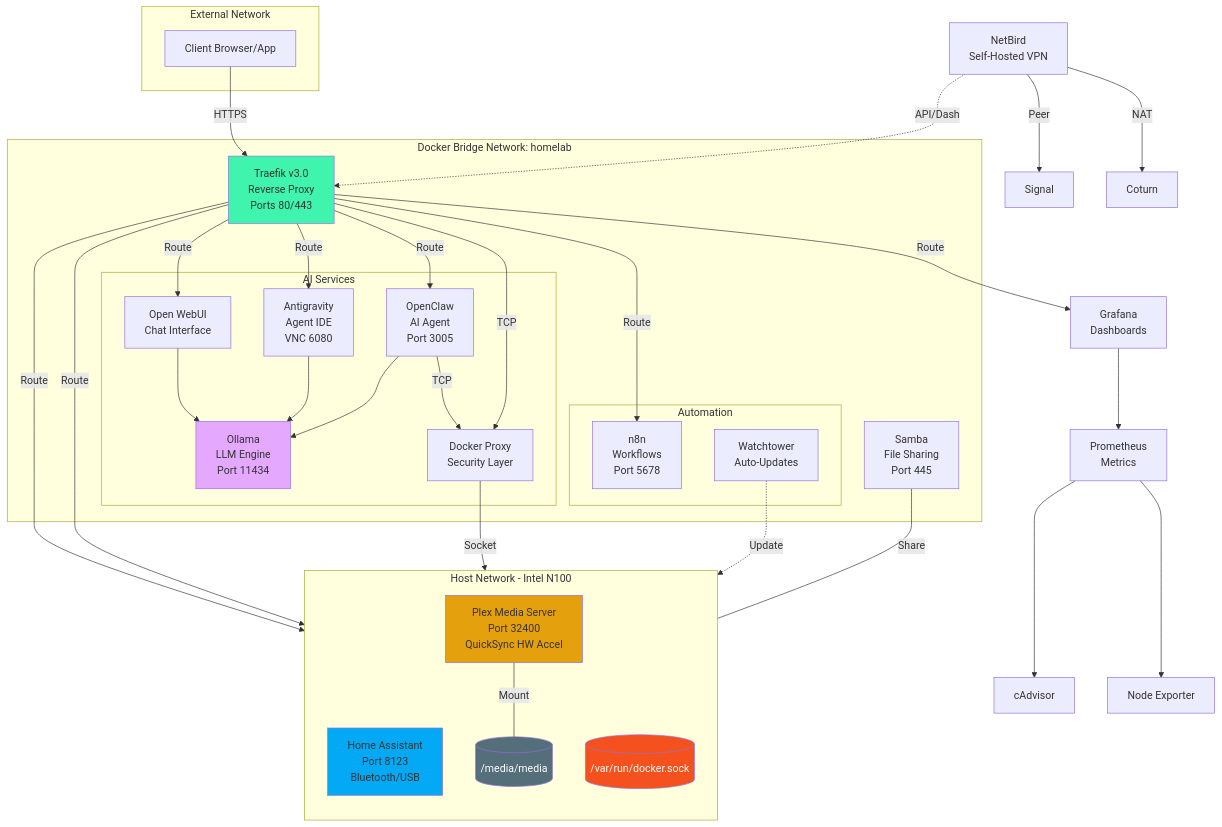
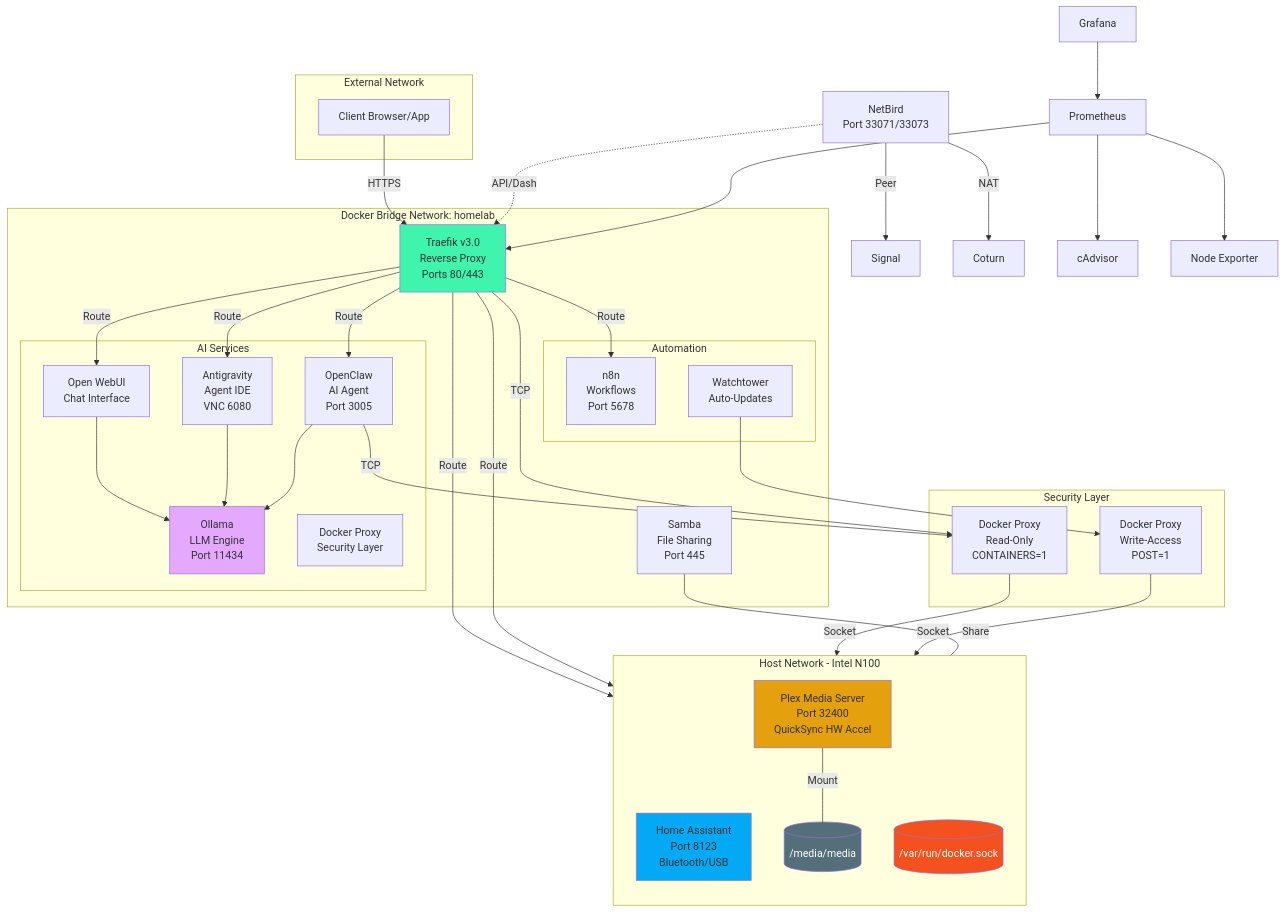
The diagram in README.md (oweibor/homelab), drawn with Mermaid before and after one commit. The commit also changed other lines of this file, not shown here.

````diff
--- a/README.md
+++ b/README.md
@@ -172,74 +175,80 @@
 ```mermaid
 graph TB
     subgraph Internet[External Network]
         User[Client Browser/App]
     end
 
     subgraph HostNet[Host Network - Intel N100]
         direction TB
         HA[Home Assistant<br/>Port 8123<br/>Bluetooth/USB]
         Plex[Plex Media Server<br/>Port 32400<br/>QuickSync HW Accel]
         DockerSock[("/var/run/docker.sock")]
         MediaData[("/media/media")]
     end
 
     subgraph DockerBridge[Docker Bridge Network: homelab]
         Traefik[Traefik v3.0<br/>Reverse Proxy<br/>Ports 80/443]
         
         subgraph AIStack[AI Services]
             Ollama[Ollama<br/>LLM Engine<br/>Port 11434]
             WebUI[Open WebUI<br/>Chat Interface]
             Antigravity[Antigravity<br/>Agent IDE<br/>VNC 6080]
             OpenClaw[OpenClaw<br/>AI Agent<br/>Port 3005]
             Proxy[Docker Proxy<br/>Security Layer]
         end
         
         subgraph AutoStack[Automation]
             n8n[n8n<br/>Workflows<br/>Port 5678]
             Watchtower[Watchtower<br/>Auto-Updates]
         end
         
         Samba[Samba<br/>File Sharing<br/>Port 445]
     end
 
+    subgraph DockerSecurity[Security Layer]
+        ProxyRO[Docker Proxy<br/>Read-Only<br/>CONTAINERS=1]
+        ProxyRW[Docker Proxy<br/>Write-Access<br/>POST=1]
+    end
+
     User -->|HTTPS| Traefik
     Traefik -->|Route| WebUI
     Traefik -->|Route| HA
     Traefik -->|Route| Plex
     Traefik -->|Route| n8n
     Traefik -->|Route| Antigravity
     Traefik -->|Route| OpenClaw
 
     WebUI --> Ollama
     Antigravity --> Ollama
     OpenClaw --> Ollama
     
     %% System Integrations
-    OpenClaw -->|TCP| Proxy
-    Traefik -->|TCP| Proxy
-    Proxy -->|Socket| DockerSock
+    OpenClaw -->|TCP| ProxyRO
+    Traefik -->|TCP| ProxyRO
+    ProxyRO -->|Socket| DockerSock
     
-    %% Watchtower (direct socket)
-    Watchtower -.->|Update| DockerSock
+    %% Watchtower Zero-Trust
+    Watchtower --> ProxyRW
+    ProxyRW -->|Socket| DockerSock
     
     %% Remote Access
-    NetBird[NetBird<br/>Self-Hosted VPN] -.->|API/Dash| Traefik
+    NetBird[NetBird<br/>Port 33071/33073] -.->|API/Dash| Traefik
     NetBird -- Peer --> Signal[Signal]
     NetBird -- NAT --> Coturn[Coturn]
     
     %% Observability
-    Prometheus[Prometheus<br/>Metrics] --> cAdvisor[cAdvisor]
+    Prometheus[Prometheus] --> cAdvisor[cAdvisor]
     Prometheus --> NodeExp[Node Exporter]
-    Grafana[Grafana<br/>Dashboards] --> Prometheus
-    Traefik -->|Route| Grafana
+    Prometheus --> Traefik
+    Grafana[Grafana] --> Prometheus
     
     Plex ---|Mount| MediaData
     Samba ---|Share| MediaData
 
     style Traefik fill:#3ff4ad
     style Ollama fill:#e5a8ff
     style HA fill:#03A9F4
     style Plex fill:#E5A00D
     style MediaData fill:#546E7A,color:#fff
     style DockerSock fill:#F4511E,color:#fff
 ```
````
